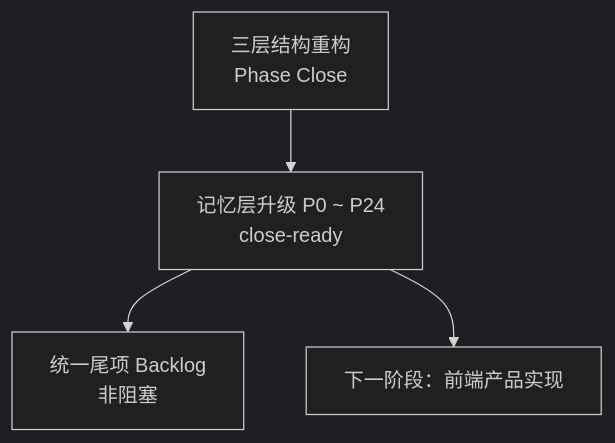
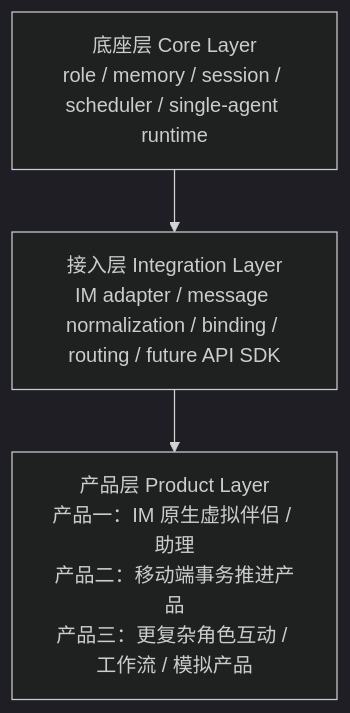
One commit to caoqc4/sparkcore changed the first of 5 diagrams in docs/engineering/project_architecture_summary_post_memory_upgrade_v1.0.md. Above: the diagram before and after it, drawn with Mermaid (dark theme). The commit also changed other lines of this file, not shown here.

Commit message:
docs: align project architecture summary with three-layer model

````diff
--- a/docs/engineering/project_architecture_summary_post_memory_upgrade_v1.0.md
+++ b/docs/engineering/project_architecture_summary_post_memory_upgrade_v1.0.md
@@ -38,6 +44,5 @@
 ```mermaid
 flowchart TD
-    A["三层结构重构<br/>Phase Close"] --> B["记忆层升级 P0 ~ P24<br/>close-ready"]
-    B --> C["统一尾项 Backlog<br/>非阻塞"]
-    B --> D["下一阶段：前端产品实现"]
+    A["底座层 Core Layer<br/>role / memory / session / scheduler / single-agent runtime"] --> B["接入层 Integration Layer<br/>IM adapter / message normalization / binding / routing / future API SDK"]
+    B --> C["产品层 Product Layer<br/>产品一：IM 原生虚拟伴侣 / 助理<br/>产品二：移动端事务推进产品<br/>产品三：更复杂角色互动 / 工作流 / 模拟产品"]
 ```
````
